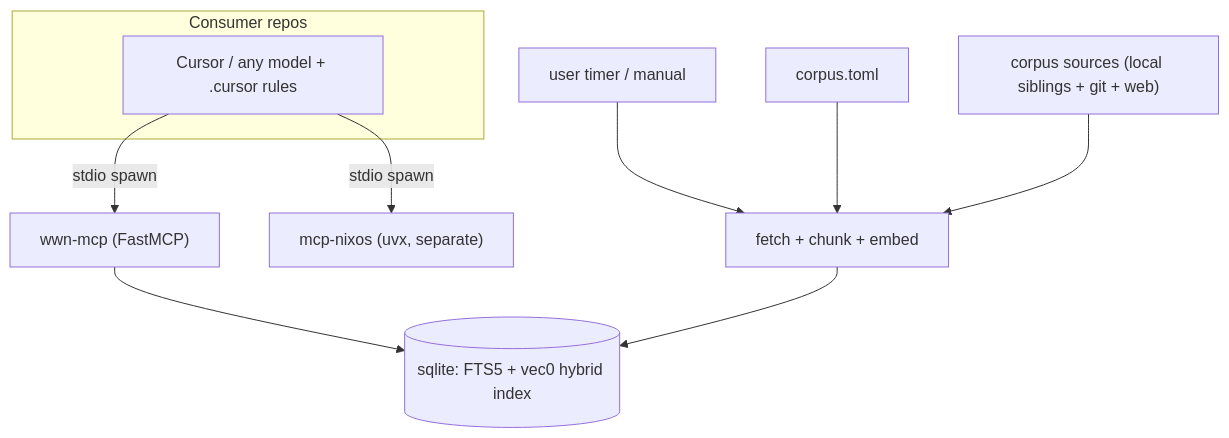
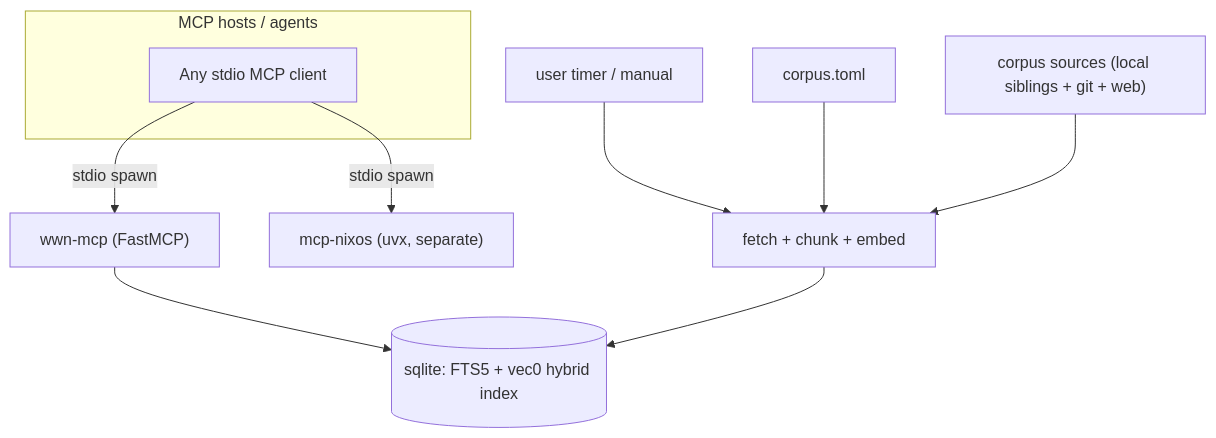
One commit to Wawona/wwn-mcp changed the diagram in docs/overview.md. Above: the diagram before and after it, drawn with Mermaid. The commit also changed other lines of this file and 9 other files, not shown here.

First line of the commit message:
docs: frame wwn-mcp for any MCP agent host

````diff
--- a/docs/overview.md
+++ b/docs/overview.md
@@ -32,13 +34,13 @@
 ```mermaid
 flowchart TD
-  subgraph consumers [Consumer repos]
-    Cursor["Cursor / any model + .cursor rules"]
+  subgraph consumers [MCP hosts / agents]
+    Host["Any stdio MCP client"]
   end
-  Cursor -->|"stdio spawn"| Server["wwn-mcp (FastMCP)"]
+  Host -->|"stdio spawn"| Server["wwn-mcp (FastMCP)"]
   Server --> DB[("sqlite: FTS5 + vec0 hybrid index")]
   Timer["user timer / manual"] --> Ingest["fetch + chunk + embed"]
   Ingest --> DB
   Manifest["corpus.toml"] --> Ingest
   Sources["corpus sources (local siblings + git + web)"] --> Ingest
-  Cursor -->|"stdio spawn"| NixOS["mcp-nixos (uvx, separate)"]
+  Host -->|"stdio spawn"| NixOS["mcp-nixos (uvx, separate)"]
 ```
````
